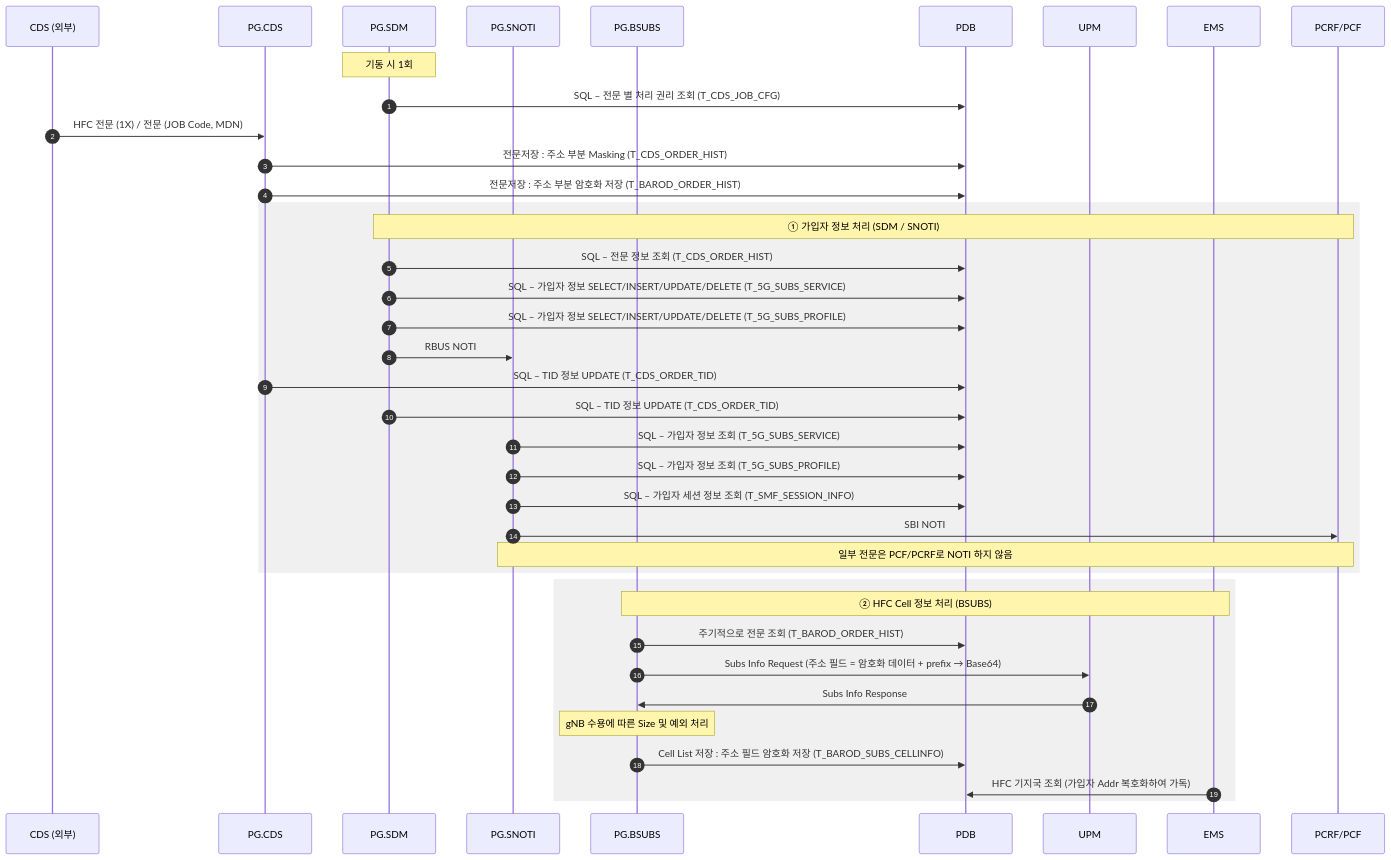
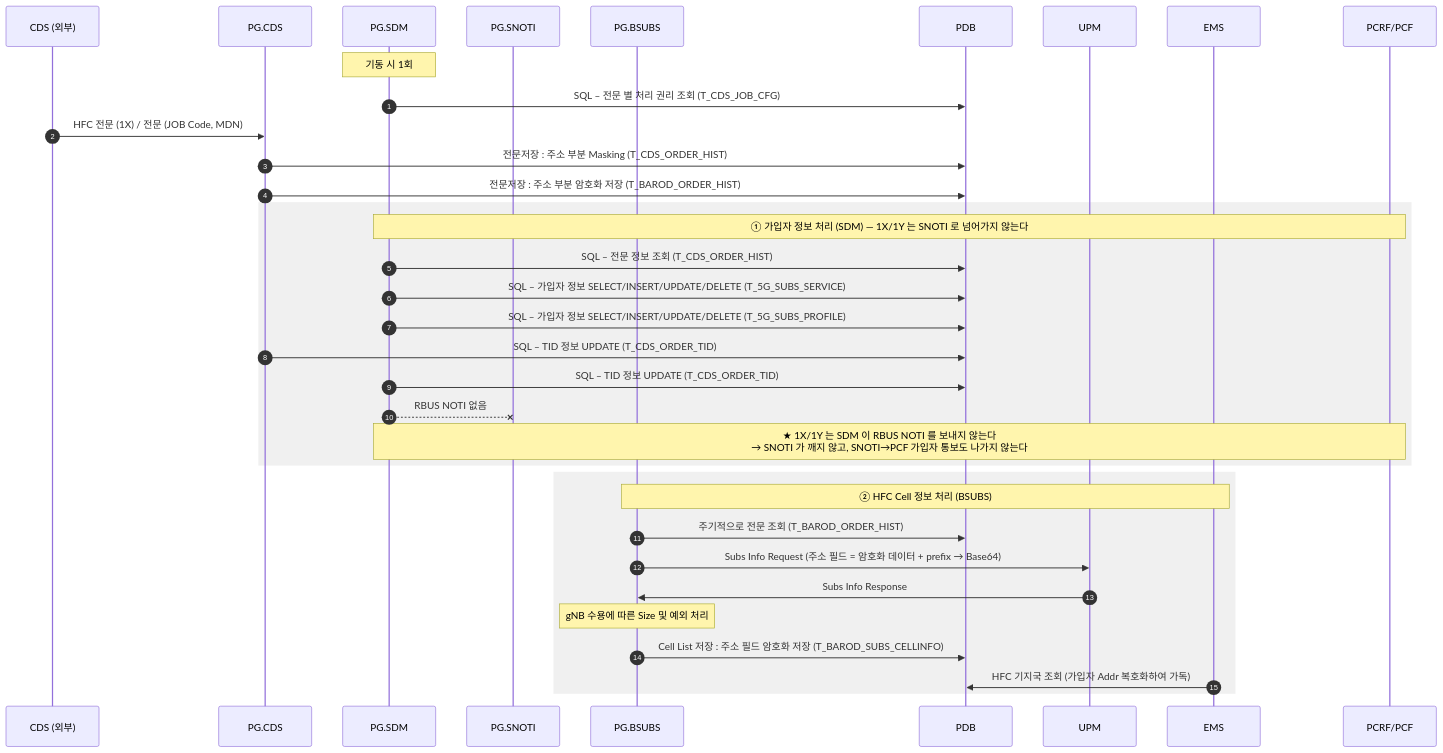
One commit to IanKim2030/tc4robot changed the first of 3 diagrams in docs/callflow/CDS_X1.md. Above: the diagram before and after it, drawn with Mermaid. The commit also changed other lines of this file and 4 other files, not shown here.

````diff
--- a/docs/callflow/CDS_X1.md
+++ b/docs/callflow/CDS_X1.md
@@ -30,45 +34,41 @@
 ```mermaid
 sequenceDiagram
     autonumber
     participant CDS as CDS (외부)
     participant PCDS as PG.CDS
     participant SDM as PG.SDM
     participant SNOTI as PG.SNOTI
     participant BSUBS as PG.BSUBS
     participant PDB as PDB
     participant UPM as UPM
     participant EMS as EMS
     participant PCF as PCRF/PCF
 
     Note over SDM: 기동 시 1회
     SDM->>PDB: SQL – 전문 별 처리 권리 조회 (T_CDS_JOB_CFG)
 
     CDS->>PCDS: HFC 전문 (1X) / 전문 (JOB Code, MDN)
     PCDS->>PDB: 전문저장 : 주소 부분 Masking (T_CDS_ORDER_HIST)
     PCDS->>PDB: 전문저장 : 주소 부분 암호화 저장 (T_BAROD_ORDER_HIST)
 
     rect rgba(128, 128, 128, 0.12)
-    Note over SDM, PCF: ① 가입자 정보 처리 (SDM / SNOTI)
+    Note over SDM, PCF: ① 가입자 정보 처리 (SDM) — 1X/1Y 는 SNOTI 로 넘어가지 않는다
     SDM->>PDB: SQL – 전문 정보 조회 (T_CDS_ORDER_HIST)
     SDM->>PDB: SQL – 가입자 정보 SELECT/INSERT/UPDATE/DELETE (T_5G_SUBS_SERVICE)
     SDM->>PDB: SQL – 가입자 정보 SELECT/INSERT/UPDATE/DELETE (T_5G_SUBS_PROFILE)
-    SDM->>SNOTI: RBUS NOTI
     PCDS->>PDB: SQL – TID 정보 UPDATE (T_CDS_ORDER_TID)
     SDM->>PDB: SQL – TID 정보 UPDATE (T_CDS_ORDER_TID)
-    SNOTI->>PDB: SQL – 가입자 정보 조회 (T_5G_SUBS_SERVICE)
-    SNOTI->>PDB: SQL – 가입자 정보 조회 (T_5G_SUBS_PROFILE)
-    SNOTI->>PDB: SQL – 가입자 세션 정보 조회 (T_SMF_SESSION_INFO)
-    SNOTI->>PCF: SBI NOTI
-    Note over SNOTI, PCF: 일부 전문은 PCF/PCRF로 NOTI 하지 않음
+    SDM--xSNOTI: RBUS NOTI 없음
+    Note over SDM, PCF: ★ 1X/1Y 는 SDM 이 RBUS NOTI 를 보내지 않는다<br/>→ SNOTI 가 깨지 않고, SNOTI→PCF 가입자 통보도 나가지 않는다
     end
 
     rect rgba(128, 128, 128, 0.12)
     Note over BSUBS, EMS: ② HFC Cell 정보 처리 (BSUBS)
     BSUBS->>PDB: 주기적으로 전문 조회 (T_BAROD_ORDER_HIST)
     BSUBS->>UPM: Subs Info Request (주소 필드 = 암호화 데이터 + prefix → Base64)
     UPM->>BSUBS: Subs Info Response
     Note over BSUBS: gNB 수용에 따른 Size 및 예외 처리
     BSUBS->>PDB: Cell List 저장 : 주소 필드 암호화 저장 (T_BAROD_SUBS_CELLINFO)
     EMS->>PDB: HFC 기지국 조회 (가입자 Addr 복호화하여 가독)
     end
 ```
````
